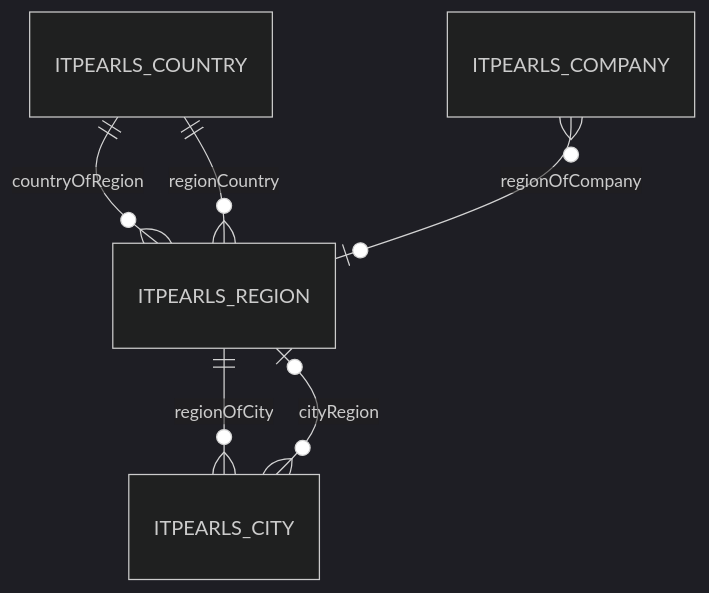
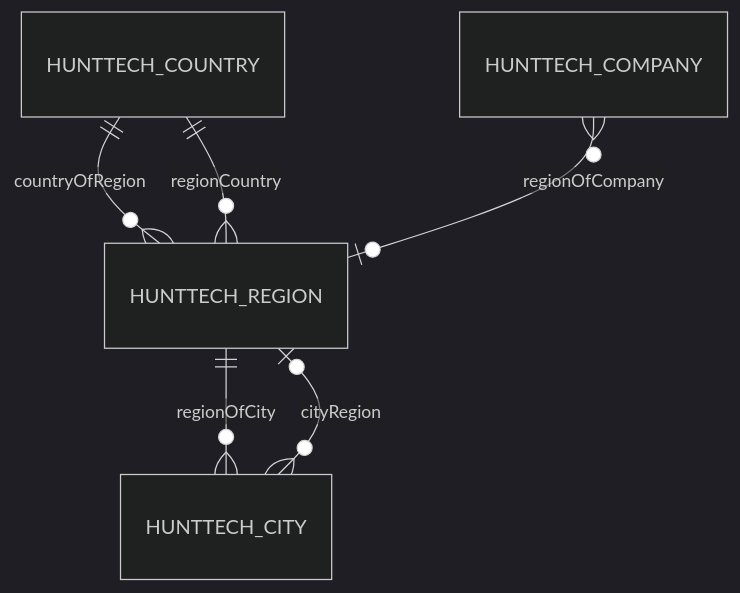
Before and after one commit to aananyev/it-pearls-recruiting: the diagram in docs/entities/Region.md, drawn with Mermaid (dark theme). The commit also changed other lines of this file and 2450 other files, not shown here.

````diff
--- a/docs/entities/Region.md
+++ b/docs/entities/Region.md
@@ -51,8 +51,8 @@
 ```mermaid
 erDiagram
-    ITPEARLS_COUNTRY ||--o{ ITPEARLS_REGION : "countryOfRegion"
-    ITPEARLS_REGION ||--o{ ITPEARLS_CITY : "regionOfCity"
-    ITPEARLS_COMPANY }o--o| ITPEARLS_REGION : "regionOfCompany"
-    ITPEARLS_REGION }o--|| ITPEARLS_COUNTRY : "regionCountry"
-    ITPEARLS_CITY }o--o| ITPEARLS_REGION : "cityRegion"
+    HUNTTECH_COUNTRY ||--o{ HUNTTECH_REGION : "countryOfRegion"
+    HUNTTECH_REGION ||--o{ HUNTTECH_CITY : "regionOfCity"
+    HUNTTECH_COMPANY }o--o| HUNTTECH_REGION : "regionOfCompany"
+    HUNTTECH_REGION }o--|| HUNTTECH_COUNTRY : "regionCountry"
+    HUNTTECH_CITY }o--o| HUNTTECH_REGION : "cityRegion"
 ```
````
